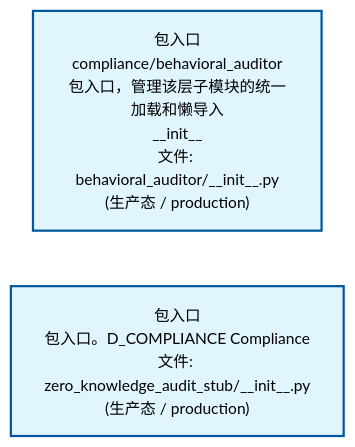
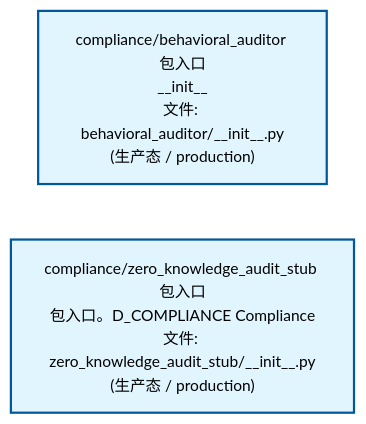
Before and after one commit to xuanFelixVan/ZephyrAlpha: the second of 4 diagrams in docs/02_enterprise_architecture/02_domain_architecture_docs/38_d_compliance.md, drawn with Mermaid. The commit also changed other lines of this file and 61 other files, not shown here.

````diff
--- a/docs/02_enterprise_architecture/02_domain_architecture_docs/38_d_compliance.md
+++ b/docs/02_enterprise_architecture/02_domain_architecture_docs/38_d_compliance.md
@@ -92,12 +91,12 @@
 ```mermaid
 %%{init: {'theme': 'base', 'themeVariables': {'primaryColor': '#eaeaea', 'primaryTextColor': '#333333', 'primaryBorderColor': '#666666', 'lineColor': '#666666', 'secondaryColor': '#eaeaea', 'tertiaryColor': '#eaeaea', 'fontSize': '14px'}}}%%
 flowchart TD
-    src_zephyr_compliance_behavioral_auditor_init_py["包入口<br/>compliance/behavioral_auditor<br/>包入口，管理该层子模块的统一加载和懒导入<br/>__init__<br/>文件: behavioral_auditor/__init__.py<br/>(生产态 / production)"]
-    src_zephyr_compliance_zero_knowledge_audit_stub_init_py["包入口<br/>包入口。D_COMPLIANCE Compliance<br/>文件: zero_knowledge_audit_stub/__init__.py<br/>(生产态 / production)"]
+    src_zephyr_compliance_behavioral_auditor_init_py["compliance/behavioral_auditor 包入口<br/>__init__<br/>文件: behavioral_auditor/__init__.py<br/>(生产态 / production)"]
+    src_zephyr_compliance_zero_knowledge_audit_stub_init_py["compliance/zero_knowledge_audit_stub 包入口<br/>包入口。D_COMPLIANCE Compliance<br/>文件: zero_knowledge_audit_stub/__init__.py<br/>(生产态 / production)"]
     src_zephyr_compliance_behavioral_auditor_init_py ~~~ src_zephyr_compliance_zero_knowledge_audit_stub_init_py
     classDef production fill:#e1f5fe,stroke:#01579b,stroke-width:2px,color:#000
     classDef design fill:#fff3e0,stroke:#e65100,stroke-width:2px,color:#000,stroke-dasharray: 5 5
     classDef external_prod fill:#e8f4fd,stroke:#0277bd,stroke-width:1px,color:#000
     classDef external_design fill:#fff8e7,stroke:#ef6c00,stroke-width:1px,color:#000,stroke-dasharray: 5 5
     class src_zephyr_compliance_behavioral_auditor_init_py,src_zephyr_compliance_zero_knowledge_audit_stub_init_py production
 ```
````
